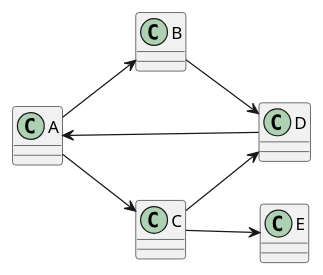
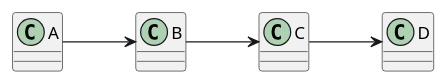
The diagram in dependency_graph.puml (destladz/linux-2pratice), drawn with PlantUML before and after one commit. The commit also changed 3 other files, not shown here.

```diff
--- a/dependency_graph.puml
+++ b/dependency_graph.puml
@@ -1,9 +1,7 @@
 @startuml
 left to right direction
+skinparam packageStyle rectangle
 "A" --> "B"
-"A" --> "C"
-"B" --> "D"
-"D" --> "A"
+"B" --> "C"
 "C" --> "D"
-"C" --> "E"
 @enduml
```
